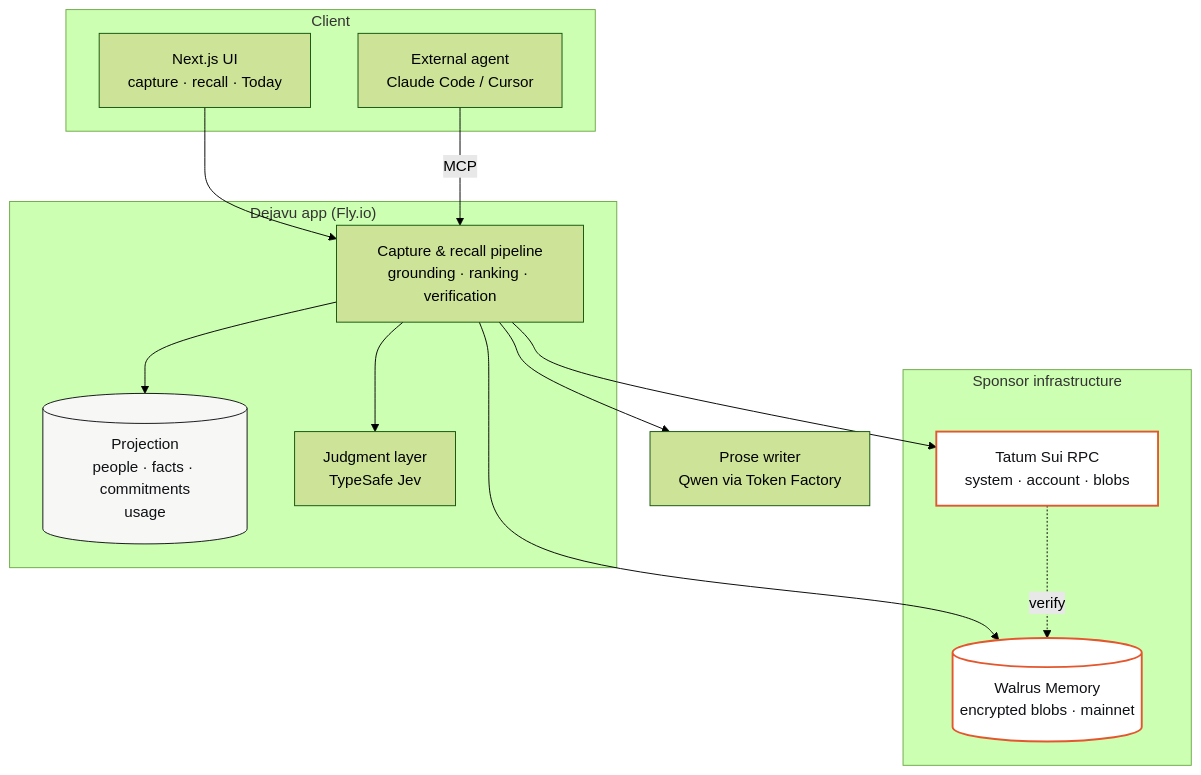
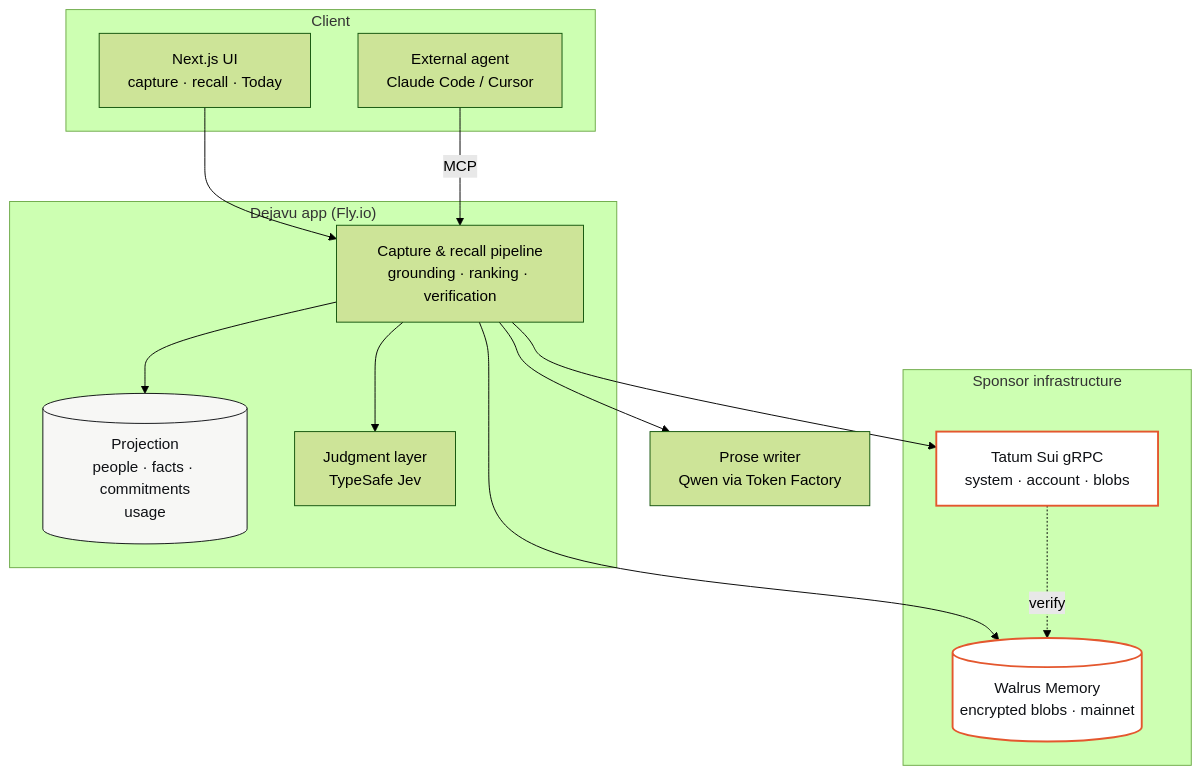
The first of 3 diagrams in README.md (PhiBao/dejavu), drawn with Mermaid (forest theme) before and after one commit. The commit also changed other lines of this file and 18 other files, not shown here.

First line of the commit message:
fix: Tatum Sui over native gRPC + new domain (dejavu-memory)

````diff
--- a/README.md
+++ b/README.md
@@ -192,34 +192,34 @@
 ```mermaid
 flowchart TB
     subgraph client["Client"]
         UI["Next.js UI<br/>capture · recall · Today"]
         AGENT["External agent<br/>Claude Code / Cursor"]
     end
 
     subgraph app["Dejavu app (Fly.io)"]
         PIPE["Capture & recall pipeline<br/>grounding · ranking · verification"]
         PROJ[("Projection<br/>people · facts · commitments<br/>usage")]
         JUDGE["Judgment layer<br/>TypeSafe Jev"]
     end
 
     subgraph sponsors["Sponsor infrastructure"]
         WALRUS[("Walrus Memory<br/>encrypted blobs · mainnet")]
-        TATUM["Tatum Sui RPC<br/>system · account · blobs"]
+        TATUM["Tatum Sui gRPC<br/>system · account · blobs"]
     end
 
     WRITER["Prose writer<br/>Qwen via Token Factory"]
 
     UI --> PIPE
     AGENT -->|MCP| PIPE
     PIPE --> JUDGE
     PIPE --> WRITER
     PIPE --> WALRUS
     PIPE --> PROJ
     TATUM -.->|verify| WALRUS
     PIPE --> TATUM
 
     classDef focal fill:#fff,stroke:#e4572e,stroke-width:2px,color:#0f1115
     classDef store fill:#f7f7f5,stroke:#0f1115,stroke-width:1px,color:#0f1115
     class WALRUS,TATUM focal
     class PROJ store
 ```
````
